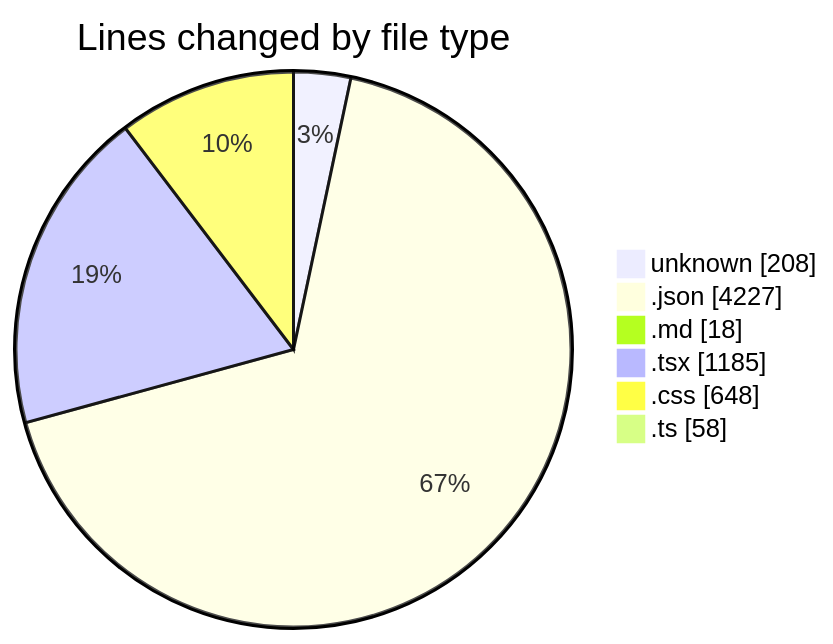
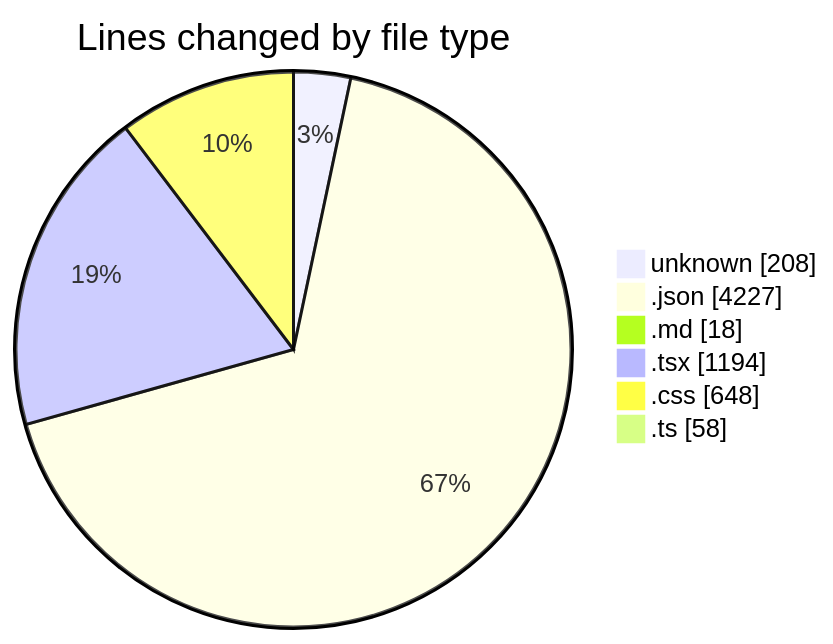
Before and after one commit to EIIisD/code-tracking: the first of 2 diagrams in 2025-08-07/ribbon/README.md, drawn with Mermaid. The commit also changed other lines of this file and 1 other file, not shown here.

````diff
--- a/2025-08-07/ribbon/README.md
+++ b/2025-08-07/ribbon/README.md
@@ -36,10 +36,10 @@
 ```mermaid
 pie showData
 title Lines changed by file type
 "unknown" : 208
 ".json" : 4227
 ".md" : 18
-".tsx" : 1185
+".tsx" : 1194
 ".css" : 648
 ".ts" : 58
 ```
````
